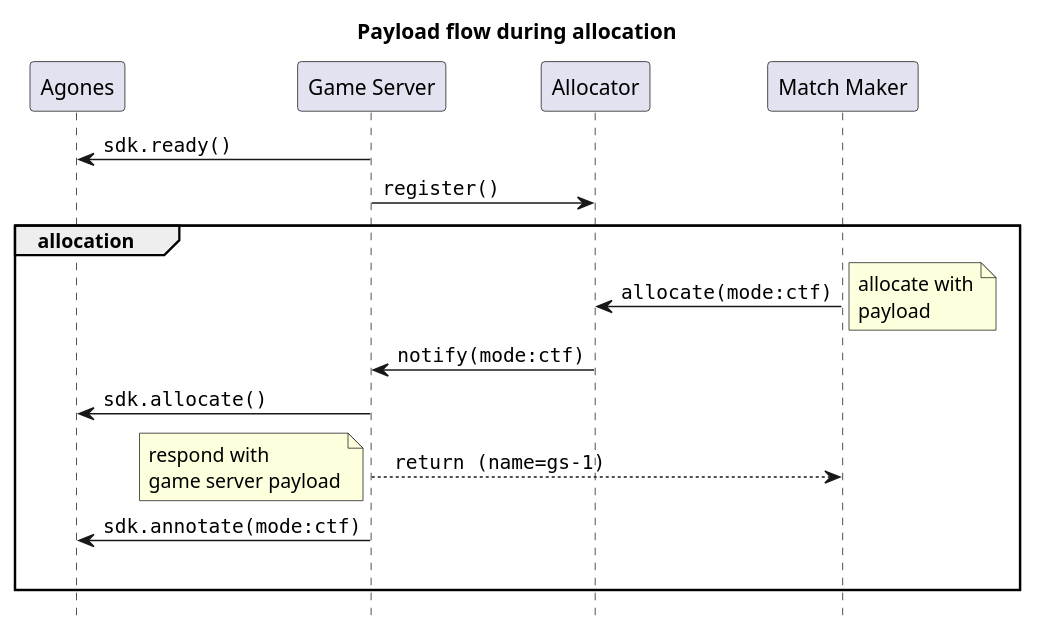
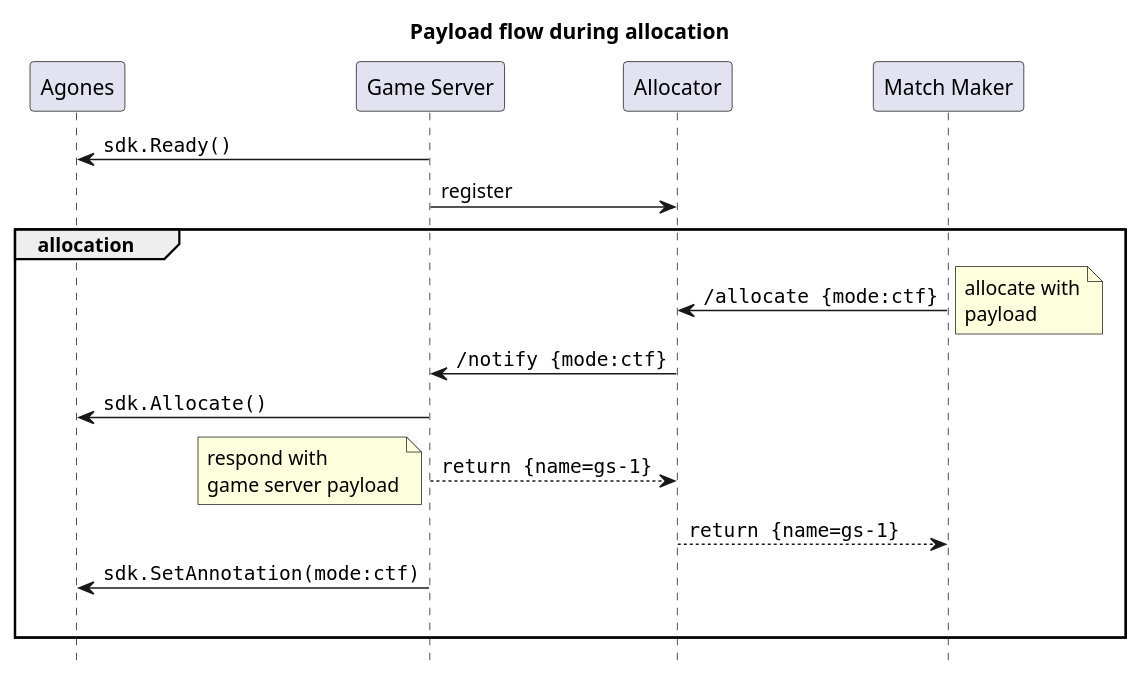
Before and after one commit to GameFabric/docs: the diagram in src/multiplayer-servers/multiplayer-services/server-allocation/images/allocating-from-armadas/request-payload.puml, drawn with PlantUML. The commit also changed 1 other file, not shown here.

```diff
--- a/src/multiplayer-servers/multiplayer-services/server-allocation/images/allocating-from-armadas/request-payload.puml
+++ b/src/multiplayer-servers/multiplayer-services/server-allocation/images/allocating-from-armadas/request-payload.puml
@@ -1,32 +1,33 @@
 @startuml
 
 ' Header.
 
 title Payload flow during allocation
 
 hide footbox
 
 participant Agones
 participant "Game Server"
 participant Allocator
 participant "Match Maker"
 
-"Game Server" -> Agones : ""sdk.ready()""
-"Game Server" -> Allocator : ""register()""
+"Game Server" -> Agones : ""sdk.Ready()""
+"Game Server" -> Allocator : register
 
 group allocation
-    "Match Maker" -> "Allocator" : ""allocate(mode:ctf)""
+    "Match Maker" -> "Allocator" : ""/allocate {mode:ctf}""
     note right: allocate with\npayload
 
-    "Allocator" -> "Game Server" : ""notify(mode:ctf)""
+    "Allocator" -> "Game Server" : ""/notify {mode:ctf}""
 
-    "Game Server" -> Agones : ""sdk.allocate()""
-    "Game Server" --> "Match Maker" : "" return (name=gs-1)""
+    "Game Server" -> Agones : ""sdk.Allocate()""
+    "Game Server" --> Allocator : ""return {name=gs-1}""
     note left: respond with\ngame server payload
+    Allocator --> "Match Maker" : ""return {name=gs-1}""
 
-    "Game Server" -> Agones : ""sdk.annotate(mode:ctf)""
+    "Game Server" -> Agones : ""sdk.SetAnnotation(mode:ctf)""
 
     |||
 end
 
 @enduml
```
